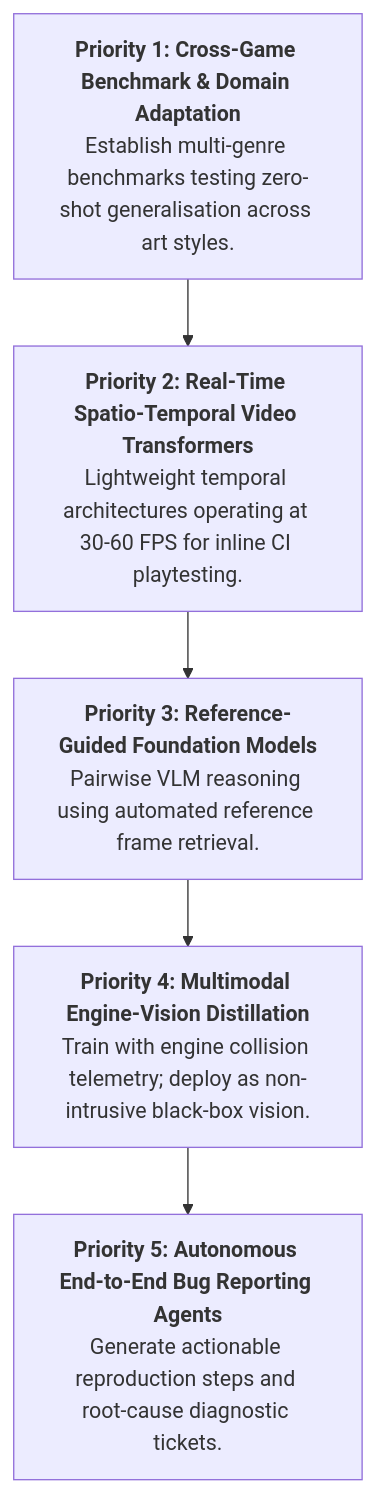
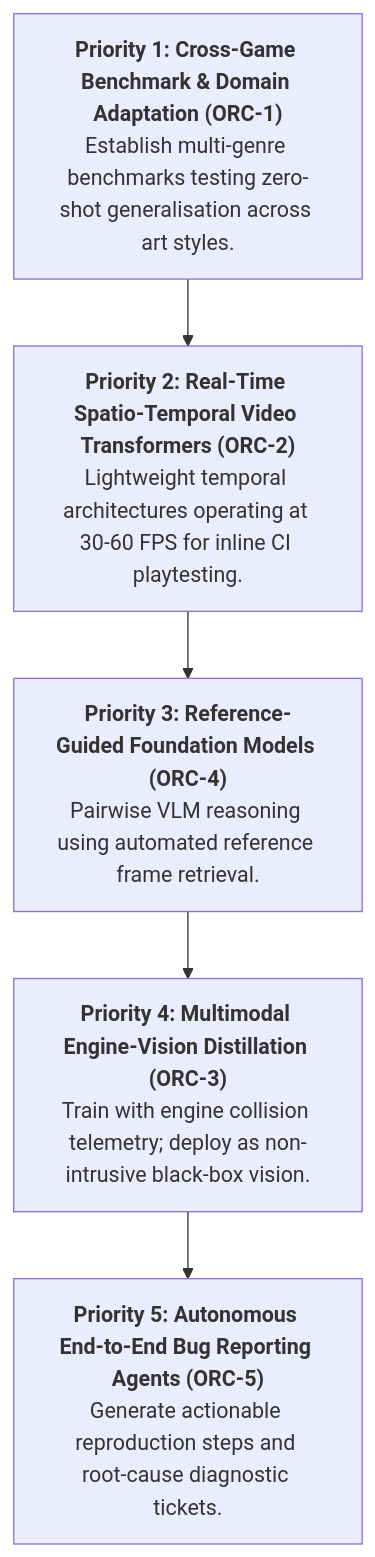
Before and after one commit to minhphuc477/game-visual-bug-detection: the fifth of 5 diagrams in manuscript/complete_manuscript.md, drawn with Mermaid. The commit also changed other lines of this file and 33 other files, not shown here.

Commit message:
chore(cleanup): remove redundant scripts, standardize on 7 Markdown skills in skills/, and integrate Figure 6 into 23-page IMAVIS manuscript

````diff
--- a/manuscript/complete_manuscript.md
+++ b/manuscript/complete_manuscript.md
@@ -562,13 +681,13 @@
 ```mermaid
 flowchart TD
-    R1["<b>Priority 1: Cross-Game Benchmark & Domain Adaptation</b><br/>Establish multi-genre benchmarks testing zero-shot generalisation across art styles."]
-    R2["<b>Priority 2: Real-Time Spatio-Temporal Video Transformers</b><br/>Lightweight temporal architectures operating at 30-60 FPS for inline CI playtesting."]
-    R3["<b>Priority 3: Reference-Guided Foundation Models</b><br/>Pairwise VLM reasoning using automated reference frame retrieval."]
-    R4["<b>Priority 4: Multimodal Engine-Vision Distillation</b><br/>Train with engine collision telemetry; deploy as non-intrusive black-box vision."]
-    R5["<b>Priority 5: Autonomous End-to-End Bug Reporting Agents</b><br/>Generate actionable reproduction steps and root-cause diagnostic tickets."]
+    R1["<b>Priority 1: Cross-Game Benchmark & Domain Adaptation (ORC-1)</b><br/>Establish multi-genre benchmarks testing zero-shot generalisation across art styles."]
+    R2["<b>Priority 2: Real-Time Spatio-Temporal Video Transformers (ORC-2)</b><br/>Lightweight temporal architectures operating at 30-60 FPS for inline CI playtesting."]
+    R3["<b>Priority 3: Reference-Guided Foundation Models (ORC-4)</b><br/>Pairwise VLM reasoning using automated reference frame retrieval."]
+    R4["<b>Priority 4: Multimodal Engine-Vision Distillation (ORC-3)</b><br/>Train with engine collision telemetry; deploy as non-intrusive black-box vision."]
+    R5["<b>Priority 5: Autonomous End-to-End Bug Reporting Agents (ORC-5)</b><br/>Generate actionable reproduction steps and root-cause diagnostic tickets."]
 
     R1 --> R2
     R2 --> R3
     R3 --> R4
     R4 --> R5
 ```
````
